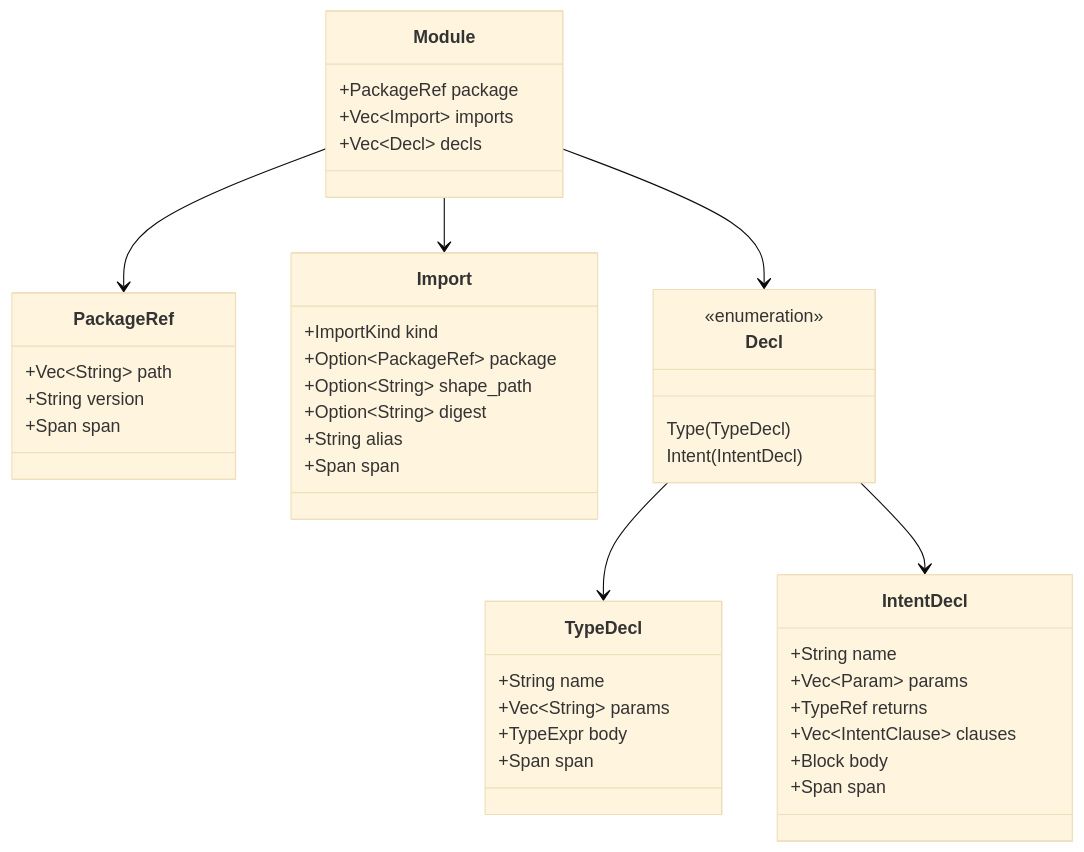
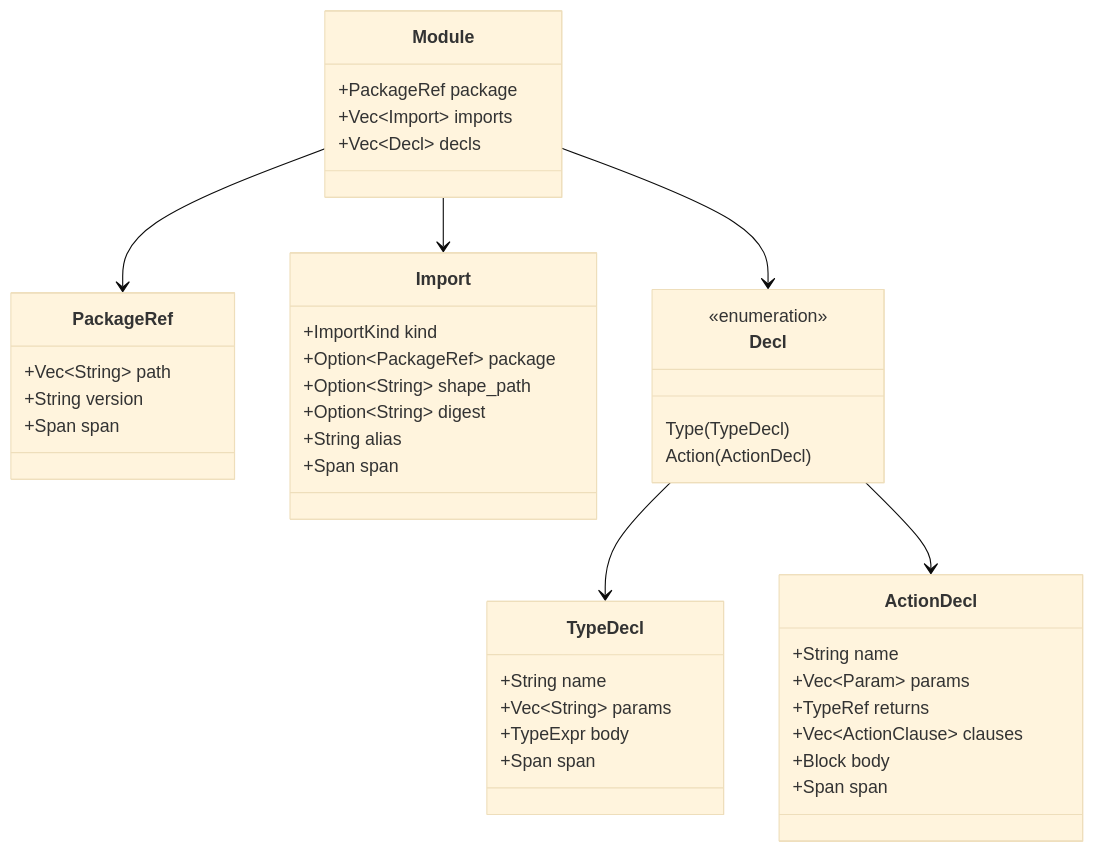
The fourth of 4 diagrams in docs/TECHNICAL_EXPLANATION.md (flyingrobots/edict), drawn with Mermaid (base theme) before and after one commit. The commit also changed other lines of this file and 107 other files, not shown here.

First line of the commit message:
Refactor: Rename Intent to Action workspace-wide

````diff
--- a/docs/TECHNICAL_EXPLANATION.md
+++ b/docs/TECHNICAL_EXPLANATION.md
@@ -235,45 +235,45 @@
 ```mermaid
 classDiagram
     class Module {
         +PackageRef package
         +Vec~Import~ imports
         +Vec~Decl~ decls
     }
     class PackageRef {
         +Vec~String~ path
         +String version
         +Span span
     }
     class Import {
         +ImportKind kind
         +Option~PackageRef~ package
         +Option~String~ shape_path
         +Option~String~ digest
         +String alias
         +Span span
     }
     class Decl {
         <<enumeration>>
         Type(TypeDecl)
-        Intent(IntentDecl)
+        Action(ActionDecl)
     }
     class TypeDecl {
         +String name
         +Vec~String~ params
         +TypeExpr body
         +Span span
     }
-    class IntentDecl {
+    class ActionDecl {
         +String name
         +Vec~Param~ params
         +TypeRef returns
-        +Vec~IntentClause~ clauses
+        +Vec~ActionClause~ clauses
         +Block body
         +Span span
     }
     Module --> PackageRef
     Module --> Import
     Module --> Decl
     Decl --> TypeDecl
-    Decl --> IntentDecl
+    Decl --> ActionDecl
 ```
````
